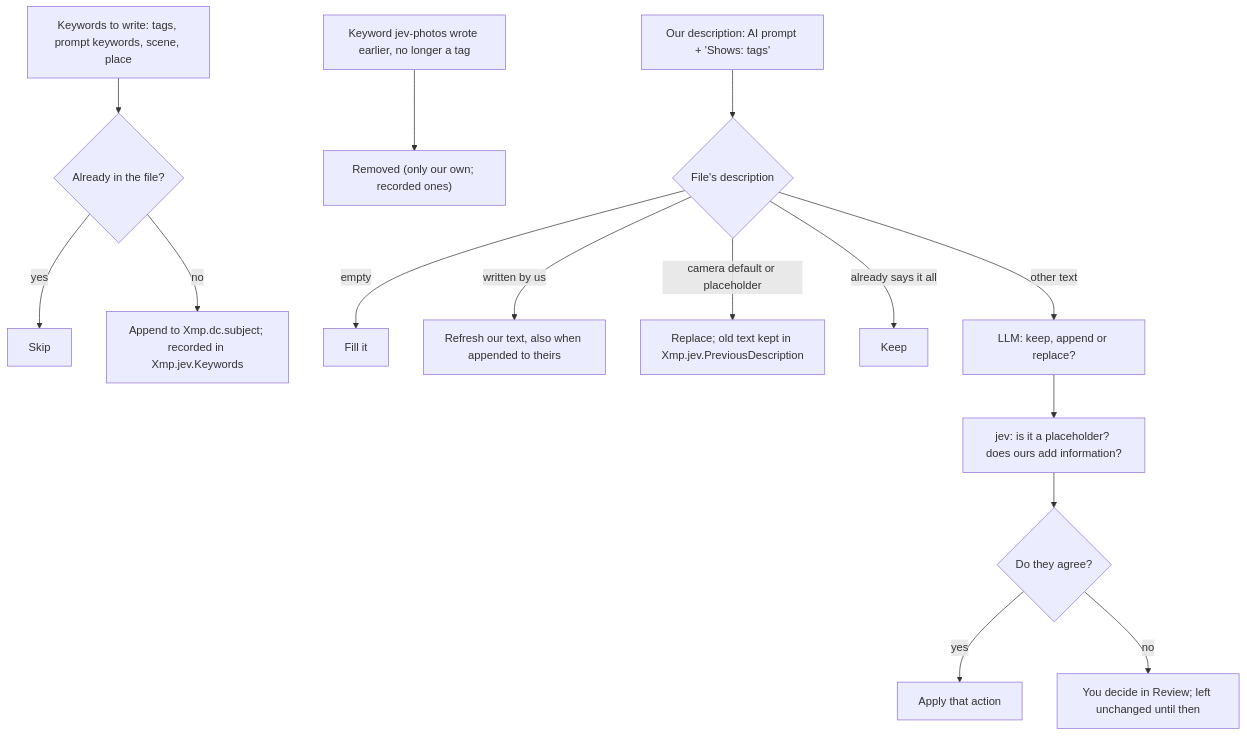
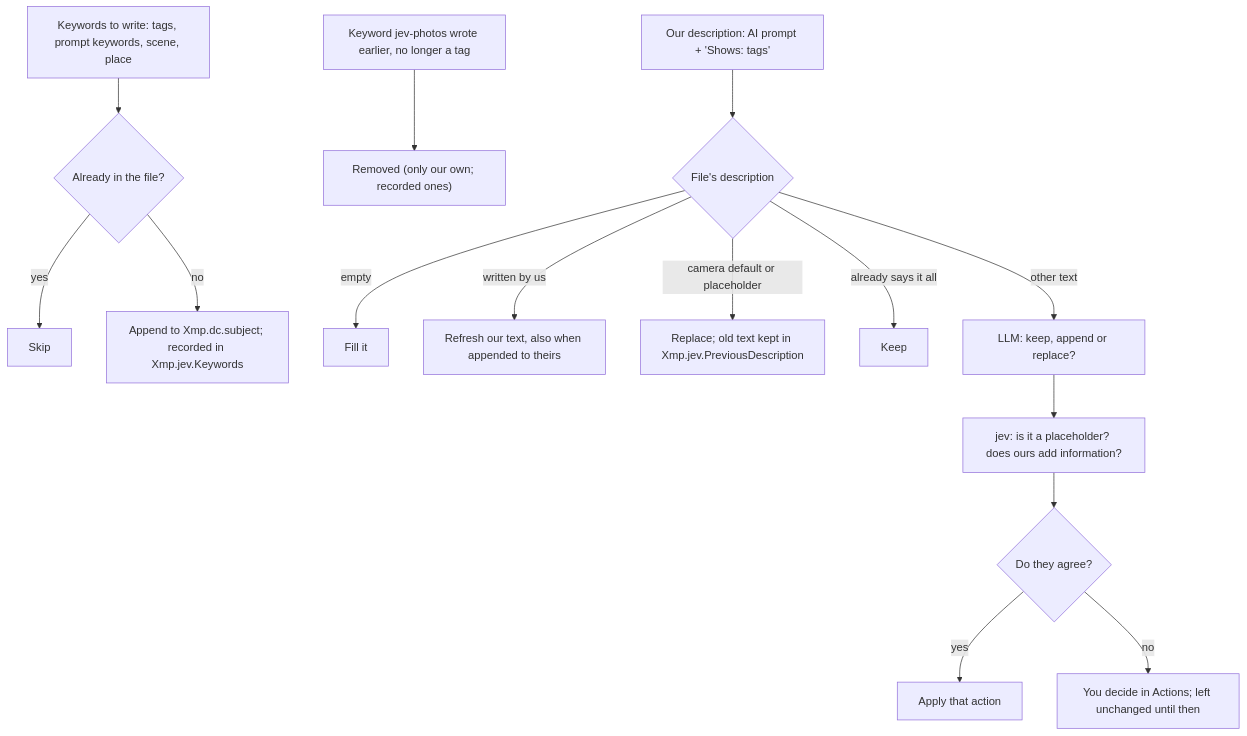
One commit to jstdlee/jev-photos changed the fourth of 4 diagrams in README.md. Above: the diagram before and after it, drawn with Mermaid. The commit also changed other lines of this file and 8 other files, not shown here.

````diff
--- a/README.md
+++ b/README.md
@@ -341,18 +361,18 @@
 ```mermaid
 flowchart TD
     K[Keywords to write: tags, prompt keywords, scene, place] --> KK{Already in the file?}
     KK -->|yes| KS[Skip]
     KK -->|no| KA["Append to Xmp.dc.subject; recorded in Xmp.jev.Keywords"]
     KO["Keyword jev-photos wrote earlier, no longer a tag"] --> KR["Removed (only our own; recorded ones)"]
 
     D["Our description: AI prompt + 'Shows: tags'"] --> E{File's description}
     E -->|empty| ADD[Fill it]
     E -->|written by us| UPD[Refresh our text, also when appended to theirs]
     E -->|camera default or placeholder| REP["Replace; old text kept in Xmp.jev.PreviousDescription"]
     E -->|already says it all| KEEP[Keep]
     E -->|other text| LLM["LLM: keep, append or replace?"]
     LLM --> JEV["jev: is it a placeholder? does ours add information?"]
     JEV --> AG{Do they agree?}
     AG -->|yes| ACT[Apply that action]
-    AG -->|no| YOU["You decide in Review; left unchanged until then"]
+    AG -->|no| YOU["You decide in Actions; left unchanged until then"]
 ```
````
